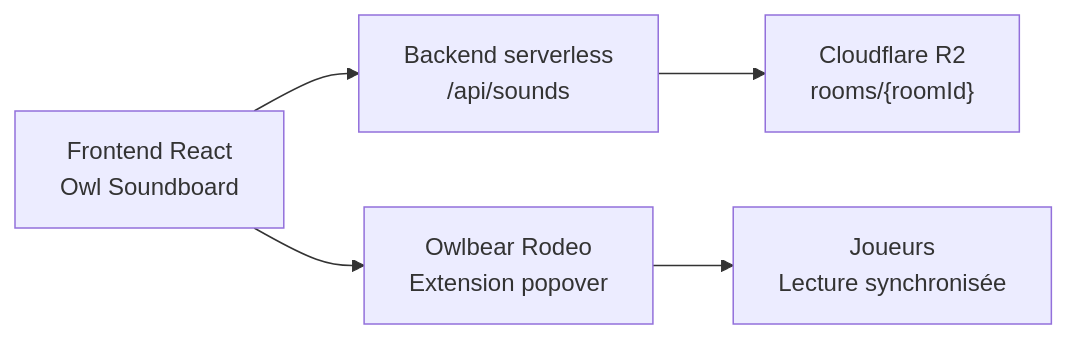
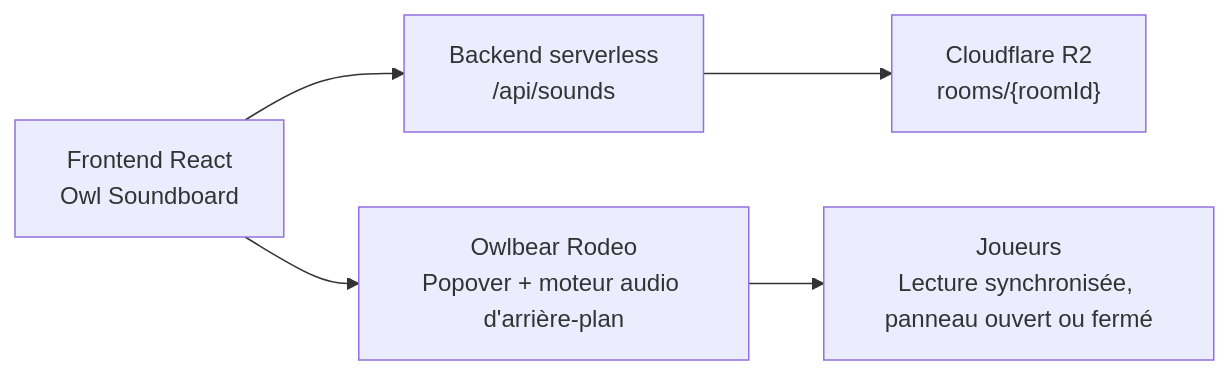
Before and after one commit to olivierpoirier/owl-soundboard-frontend: the diagram in README.md, drawn with Mermaid. The commit also changed other lines of this file and 4 other files, not shown here.

Commit message:
fix: route room sounds through Owlbear background audio

````diff
--- a/README.md
+++ b/README.md
@@ -55,7 +55,7 @@
 ```mermaid
 flowchart LR
   Frontend["Frontend React<br/>Owl Soundboard"] --> Backend["Backend serverless<br/>/api/sounds"]
   Backend --> R2["Cloudflare R2<br/>rooms/{roomId}"]
-  Frontend --> Owlbear["Owlbear Rodeo<br/>Extension popover"]
-  Owlbear --> Players["Joueurs<br/>Lecture synchronisée"]
+  Frontend --> Owlbear["Owlbear Rodeo<br/>Popover + moteur audio d'arrière-plan"]
+  Owlbear --> Players["Joueurs<br/>Lecture synchronisée, panneau ouvert ou fermé"]
 ```
````
